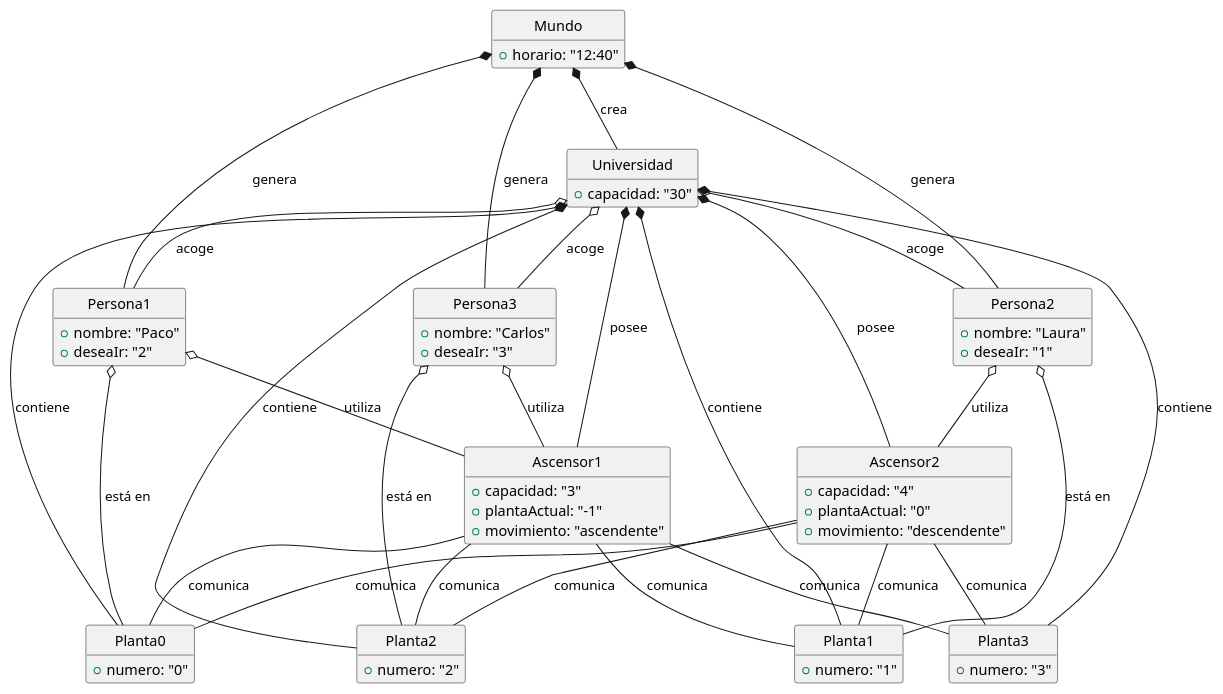
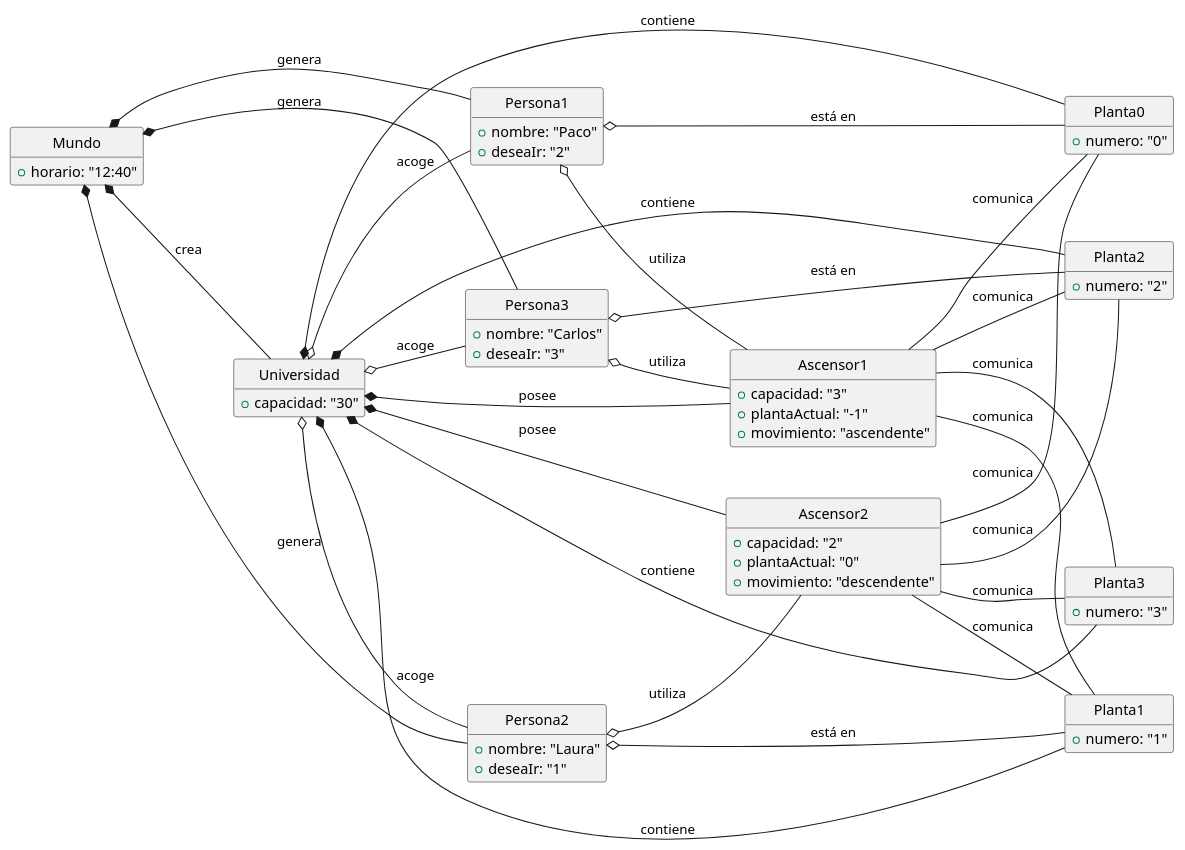
One commit to mmasias/24-25-IdSw2-SDD changed the diagram in modelosUML/MdD/DdO/DdO.puml. Above: the diagram before and after it, drawn with PlantUML.

```diff
--- a/modelosUML/MdD/DdO/DdO.puml
+++ b/modelosUML/MdD/DdO/DdO.puml
@@ -1,90 +1,92 @@
 @startuml DdO
 
 hide circle
 hide empty members
+
+left to right direction
 
 class Mundo {
     + horario: "12:40"
 }
 
 class Universidad {
     + capacidad: "30"
 }
 
 class Persona1 {
     + nombre: "Paco"
     + deseaIr: "2"
 }
 
 class Persona2 {
     + nombre: "Laura"
     + deseaIr: "1"
 }
 
 class Persona3 {
     + nombre: "Carlos"
     + deseaIr: "3"
 }
 
 class Ascensor1 {
     + capacidad: "3"
     + plantaActual: "-1"
     + movimiento: "ascendente"
 }
 
 class Ascensor2 {
-    + capacidad: "4"
+    + capacidad: "2"
     + plantaActual: "0"
     + movimiento: "descendente"
 }
 
 class Planta0 {
     + numero: "0"
 }
 
 class Planta1 {
     + numero: "1"
 }
 
 class Planta2 {
     + numero: "2"
 }
 
 class Planta3 {
     + numero: "3"
 }
 
+Mundo *-- Universidad : crea
 Mundo *-- Persona1 : genera
 Mundo *-- Persona2 : genera
 Mundo *-- Persona3 : genera
-Mundo *-- Universidad : crea
 
 Universidad *-- Planta0 : contiene
 Universidad *-- Planta1 : contiene
 Universidad *-- Planta2 : contiene
 Universidad *-- Planta3 : contiene
 Universidad o-- Persona1 : acoge
 Universidad o-- Persona2 : acoge
 Universidad o-- Persona3 : acoge
 Universidad *-- Ascensor1 : posee
 Universidad *-- Ascensor2 : posee
-
-Persona1 o-- Ascensor1 : utiliza
-Persona2 o-- Ascensor2 : utiliza
-Persona3 o-- Ascensor1 : utiliza
 
 Ascensor1 -- Planta0 : comunica
 Ascensor1 -- Planta1 : comunica
 Ascensor1 -- Planta2 : comunica
 Ascensor1 -- Planta3 : comunica
 
 Ascensor2 -- Planta0 : comunica
 Ascensor2 -- Planta1 : comunica
 Ascensor2 -- Planta2 : comunica
 Ascensor2 -- Planta3 : comunica
 
 Persona1 o-- Planta0 : está en
 Persona2 o-- Planta1 : está en
 Persona3 o-- Planta2 : está en
 
+Persona1 o-- Ascensor1 : utiliza
+Persona2 o-- Ascensor2 : utiliza
+Persona3 o-- Ascensor1 : utiliza
+
 @enduml
```
